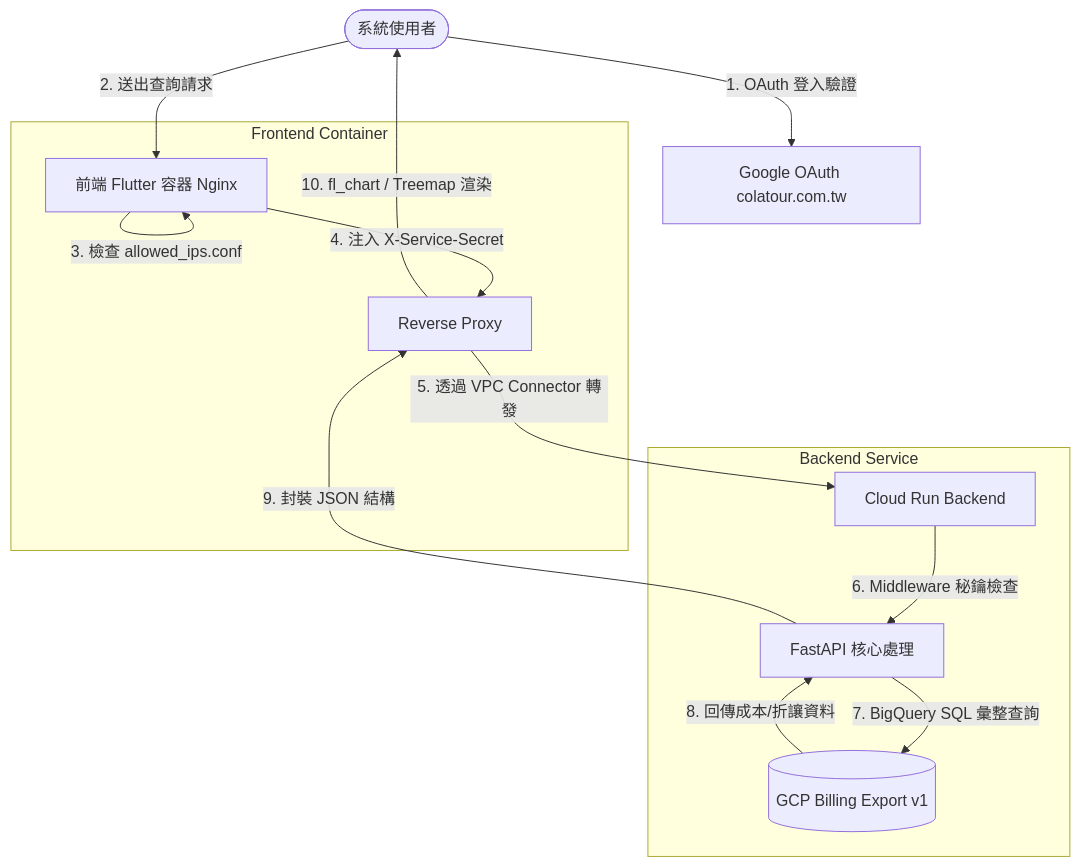
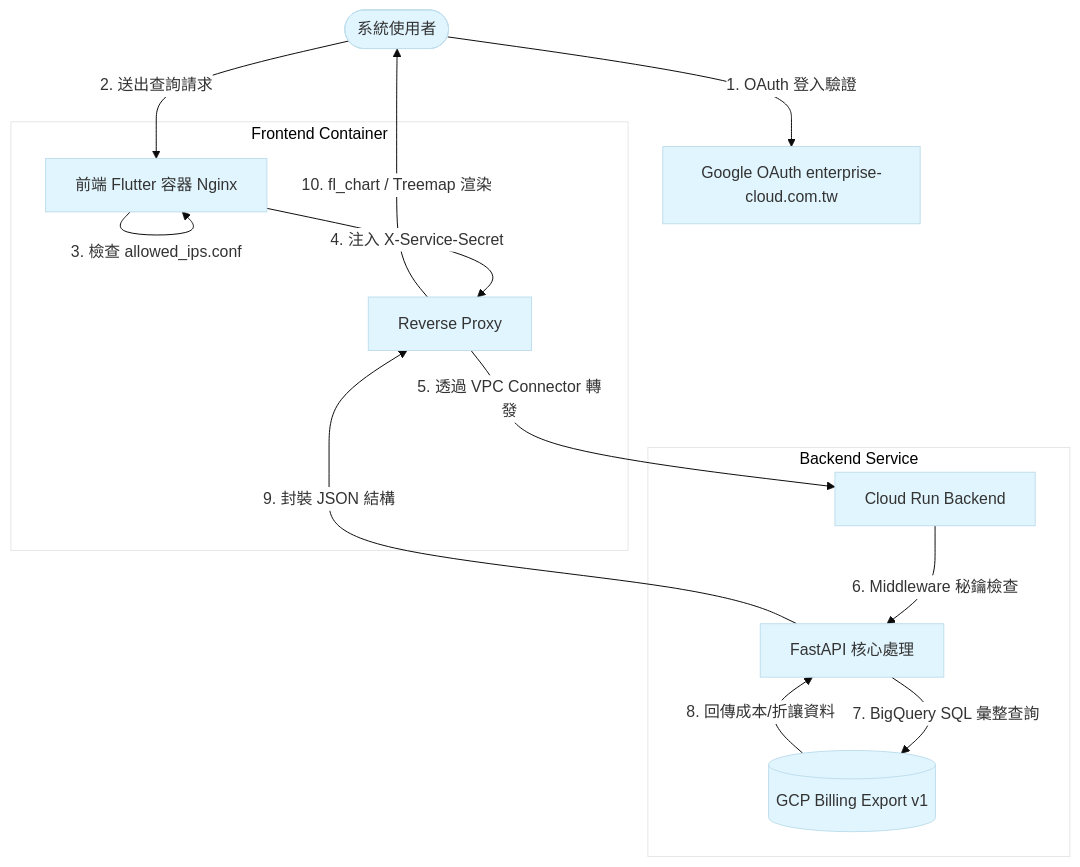
The diagram in link-blog/content/posts/build-gcp-billing-dashboard.md (LinkGitData/hugo), drawn with Mermaid before and after one commit. The commit also changed other lines of this file and 2 other files, not shown here.

Commit message:
fix: natural redaction, random enterprise domain, and high-contrast mermaid lines

```diff
--- a/link-blog/content/posts/build-gcp-billing-dashboard.md
+++ b/link-blog/content/posts/build-gcp-billing-dashboard.md
@@ -48,17 +48,18 @@
 {{< mermaid >}}
+%%{init: {'theme': 'base', 'themeVariables': { 'primaryColor': '#e1f5fe', 'edgeLabelBackground':'#ffffff', 'tertiaryColor': '#fff'}}}%%
 graph TD
-    User([系統使用者]) -->|1. OAuth 登入驗證| Auth[Google OAuth colatour.com.tw]
+    User([系統使用者]) -->|1. OAuth 登入驗證| Auth[Google OAuth enterprise-cloud.com.tw]
     User -->|2. 送出查詢請求| Nginx[前端 Flutter 容器 Nginx]
     subgraph Frontend Container
         Nginx -->|3. 檢查 allowed_ips.conf| Nginx
         Nginx -->|4. 注入 X-Service-Secret| Proxy[Reverse Proxy]
     end
     Proxy -->|5. 透過 VPC Connector 轉發| Backend[Cloud Run Backend]
     subgraph Backend Service
         Backend -->|6. Middleware 秘鑰檢查| FastAPI[FastAPI 核心處理]
         FastAPI -->|7. BigQuery SQL 彙整查詢| BQ[(GCP Billing Export v1)]
     end
     BQ -->|8. 回傳成本/折讓資料| FastAPI
     FastAPI -->|9. 封裝 JSON 結構| Proxy
     Proxy -->|10. fl_chart / Treemap 渲染| User
 {{< /mermaid >}}
```
